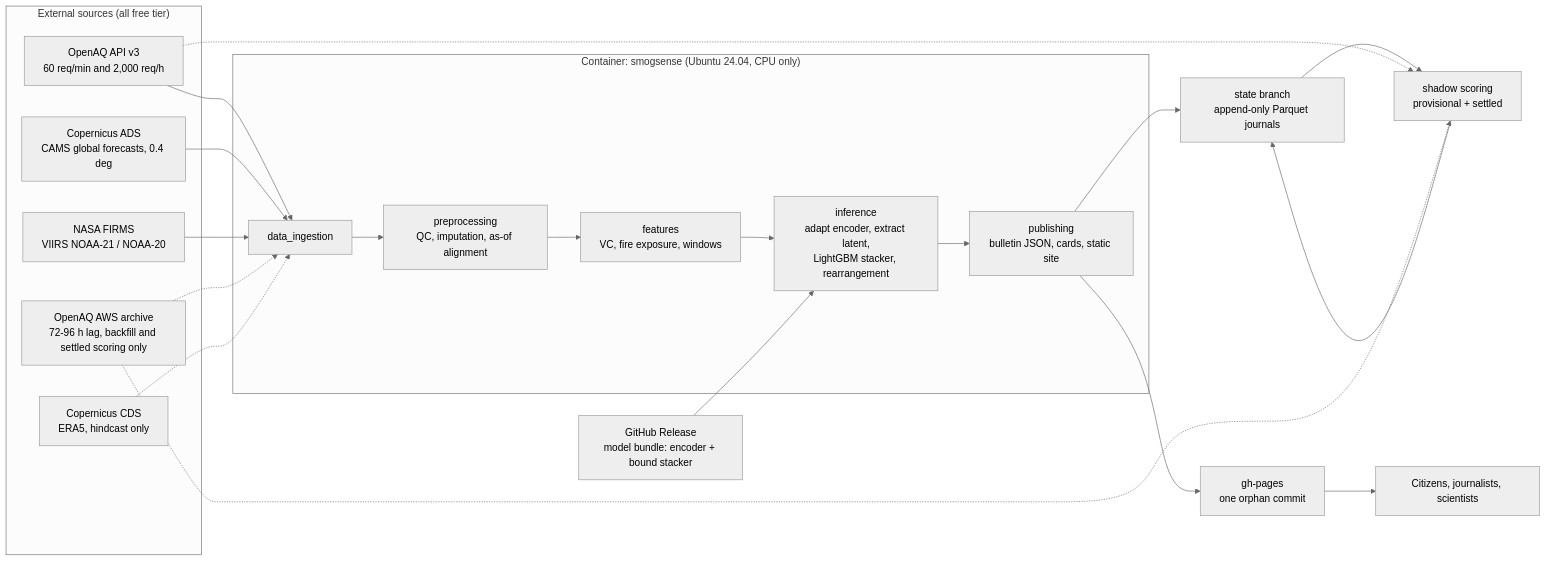
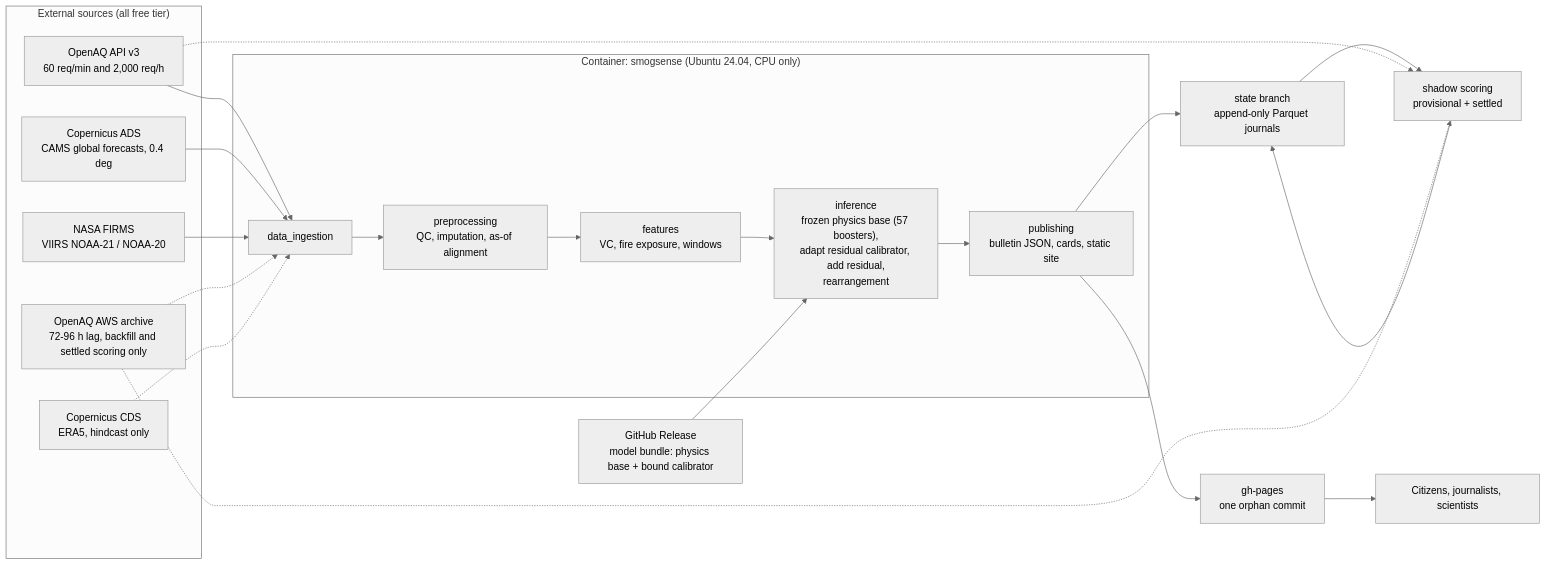
Before and after one commit to haiderkashan/smog-sense: the diagram in docs/system-architecture.md, drawn with Mermaid (neutral theme). The commit also changed other lines of this file and 12 other files, not shown here.

Commit message:
docs: synchronize Revision 3 architecture (physics-residual meta-quantile learning)

````diff
--- a/docs/system-architecture.md
+++ b/docs/system-architecture.md
@@ -23,29 +23,29 @@
 ```mermaid
 flowchart LR
     subgraph SRC["External sources (all free tier)"]
         OAQ["OpenAQ API v3<br/>60 req/min and 2,000 req/h"]
         ARC["OpenAQ AWS archive<br/>72-96 h lag, backfill and settled scoring only"]
         ADS["Copernicus ADS<br/>CAMS global forecasts, 0.4 deg"]
         CDS["Copernicus CDS<br/>ERA5, hindcast only"]
         FIR["NASA FIRMS<br/>VIIRS NOAA-21 / NOAA-20"]
     end
     subgraph PIPE["Container: smogsense (Ubuntu 24.04, CPU only)"]
         ING["data_ingestion"] --> PRE["preprocessing<br/>QC, imputation, as-of alignment"]
         PRE --> FEA["features<br/>VC, fire exposure, windows"]
-        FEA --> INF["inference<br/>adapt encoder, extract latent,<br/>LightGBM stacker, rearrangement"]
+        FEA --> INF["inference<br/>frozen physics base (57 boosters),<br/>adapt residual calibrator, add residual,<br/>rearrangement"]
         INF --> BUL["publishing<br/>bulletin JSON, cards, static site"]
     end
     OAQ --> ING
     ADS --> ING
     FIR --> ING
     ARC -.-> ING
     CDS -.-> ING
-    REL["GitHub Release<br/>model bundle: encoder + bound stacker"] --> INF
+    REL["GitHub Release<br/>model bundle: physics base + bound calibrator"] --> INF
     BUL --> ST["state branch<br/>append-only Parquet journals"]
     BUL --> GHP["gh-pages<br/>one orphan commit"]
     GHP --> USERS["Citizens, journalists, scientists"]
     ST --> SCO["shadow scoring<br/>provisional + settled"]
     OAQ -.-> SCO
     ARC -.-> SCO
     SCO --> ST
 ```
````
